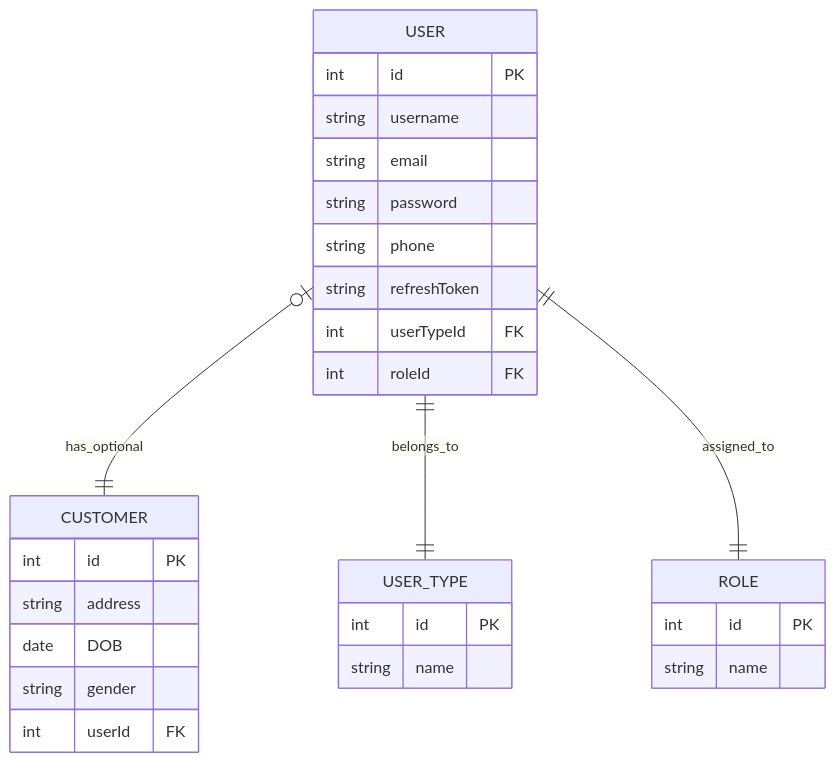
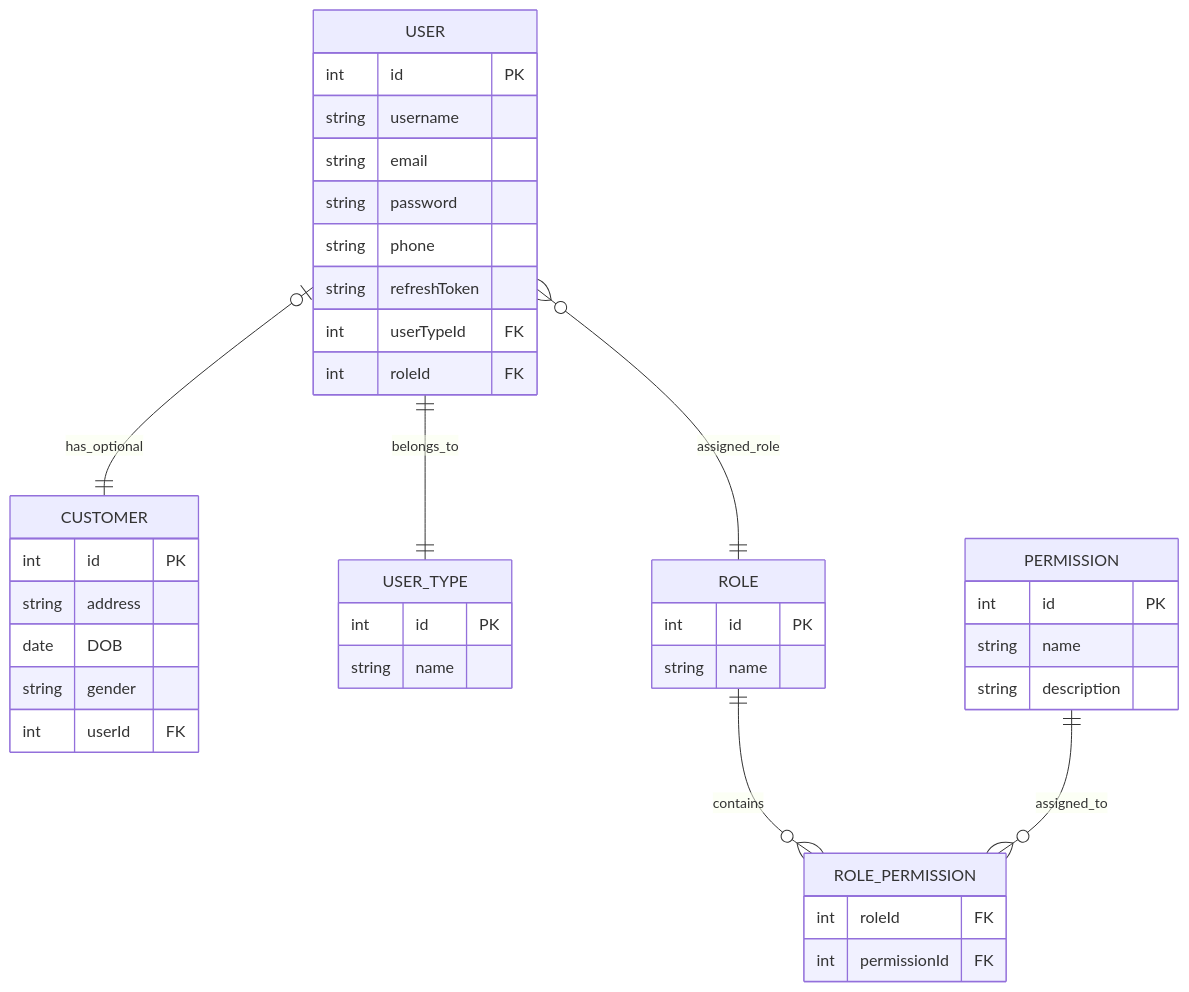
Before and after one commit to Radwa-Kelany/Authentication-and-Authorization-in-E-Commerce-Application: the diagram in README.md, drawn with Mermaid.

Commit message:
Update data model with permission and role_permission
Added PERMISSION and ROLE_PERMISSION entities to the data model.

````diff
--- a/README.md
+++ b/README.md
@@ -138,38 +138,55 @@
 ```mermaid
 erDiagram
 
     USER {
         int id PK
         string username
         string email
         string password
         string phone
         string refreshToken
 
         int userTypeId FK
         int roleId FK
     }
 
     CUSTOMER {
         int id PK
         string address
         date DOB
         string gender
 
         int userId FK
     }
 
     USER_TYPE {
         int id PK
         string name
     }
 
     ROLE {
         int id PK
         string name
     }
 
+    PERMISSION {
+        int id PK
+        string name
+        string description
+    }
+
+    ROLE_PERMISSION {
+        int roleId FK
+        int permissionId FK
+    }
+
     USER o|--|| CUSTOMER : has_optional
+
     USER ||--|| USER_TYPE : belongs_to
-    USER ||--|| ROLE : assigned_to
+
+    USER }o--|| ROLE : assigned_role
+
+    ROLE ||--o{ ROLE_PERMISSION : contains
+
+    PERMISSION ||--o{ ROLE_PERMISSION : assigned_to
 ```
````
